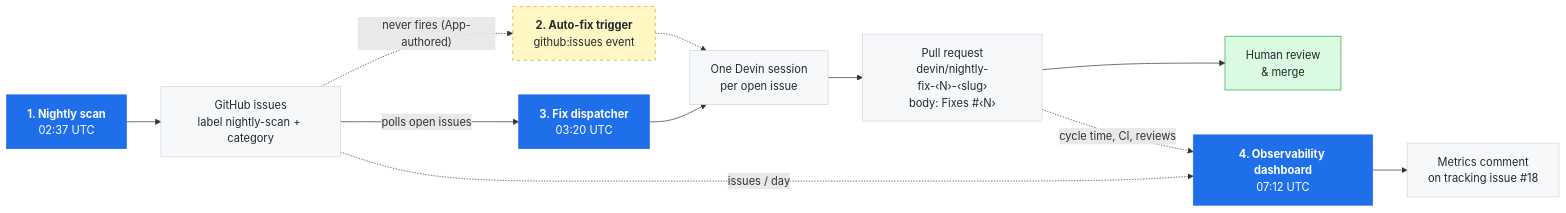
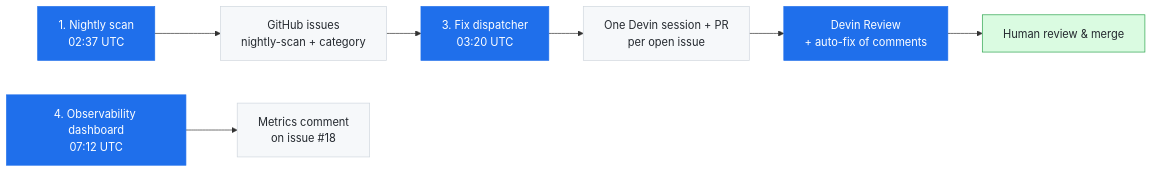
One commit to moliyadhaval/superset changed the diagram in automation/README.md. Above: the diagram before and after it, drawn with Mermaid. The commit also changed other lines of this file, not shown here.

Commit message:
docs(automation): simplify the pipeline diagram (#313)
* docs(automation): simplify the pipeline diagram

* docs(automation): add Devin Review + comment auto-fix step to pipeline diagram

---------

````diff
--- a/automation/README.md
+++ b/automation/README.md
@@ -30,26 +30,18 @@
 ```mermaid
 flowchart LR
-    classDef sched fill:#1f6feb,stroke:#1f6feb,color:#fff
-    classDef artefact fill:#f6f8fa,stroke:#d0d7de,color:#24292f
-    classDef dead fill:#fff8c5,stroke:#d4a72c,color:#24292f,stroke-dasharray:5 5
+    classDef job fill:#1f6feb,stroke:#1f6feb,color:#fff
+    classDef out fill:#f6f8fa,stroke:#d0d7de,color:#24292f
     classDef human fill:#dafbe1,stroke:#2da44e,color:#24292f
 
-    scan["<b>1. Nightly scan</b><br/>02:37 UTC"]:::sched
-    issues["GitHub issues<br/>label nightly-scan + category"]:::artefact
-    autofix["<b>2. Auto-fix trigger</b><br/>github:issues event"]:::dead
-    dispatch["<b>3. Fix dispatcher</b><br/>03:20 UTC"]:::sched
-    sessions["One Devin session<br/>per open issue"]:::artefact
-    pr["Pull request<br/>devin/nightly-fix-‹N›-‹slug›<br/>body: Fixes #‹N›"]:::artefact
-    review["Human review<br/>& merge"]:::human
-    dash["<b>4. Observability dashboard</b><br/>07:12 UTC"]:::sched
-    comment["Metrics comment<br/>on tracking issue #18"]:::artefact
+    scan["1. Nightly scan<br/>02:37 UTC"]:::job
+    issues["GitHub issues<br/>nightly-scan + category"]:::out
+    dispatch["3. Fix dispatcher<br/>03:20 UTC"]:::job
+    pr["One Devin session + PR<br/>per open issue"]:::out
+    devreview["Devin Review<br/>+ auto-fix of comments"]:::job
+    review["Human review & merge"]:::human
+    dash["4. Observability dashboard<br/>07:12 UTC"]:::job
+    comment["Metrics comment<br/>on issue #18"]:::out
 
-    scan --> issues
-    issues -.->|"never fires (App-authored)"| autofix
-    autofix -.-> sessions
-    issues -->|"polls open issues"| dispatch
-    dispatch --> sessions --> pr --> review
+    scan --> issues --> dispatch --> pr --> devreview --> review
     dash --> comment
-    pr -.->|"cycle time, CI, reviews"| dash
-    issues -.->|"issues / day"| dash
 ```
````
